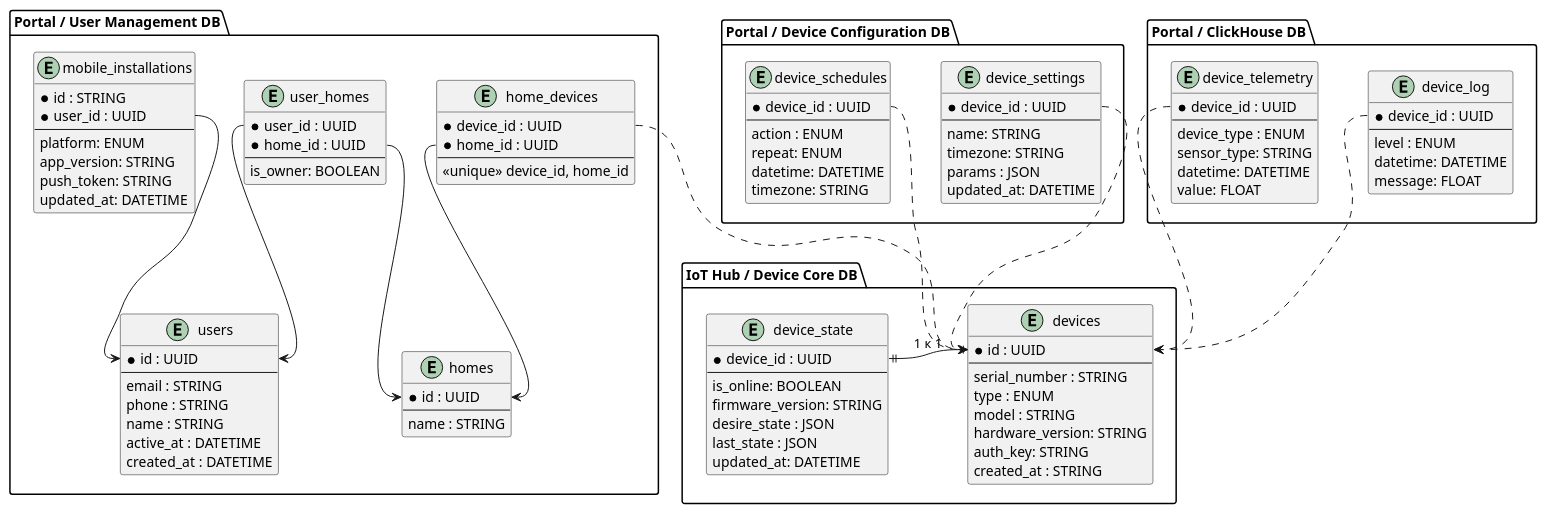
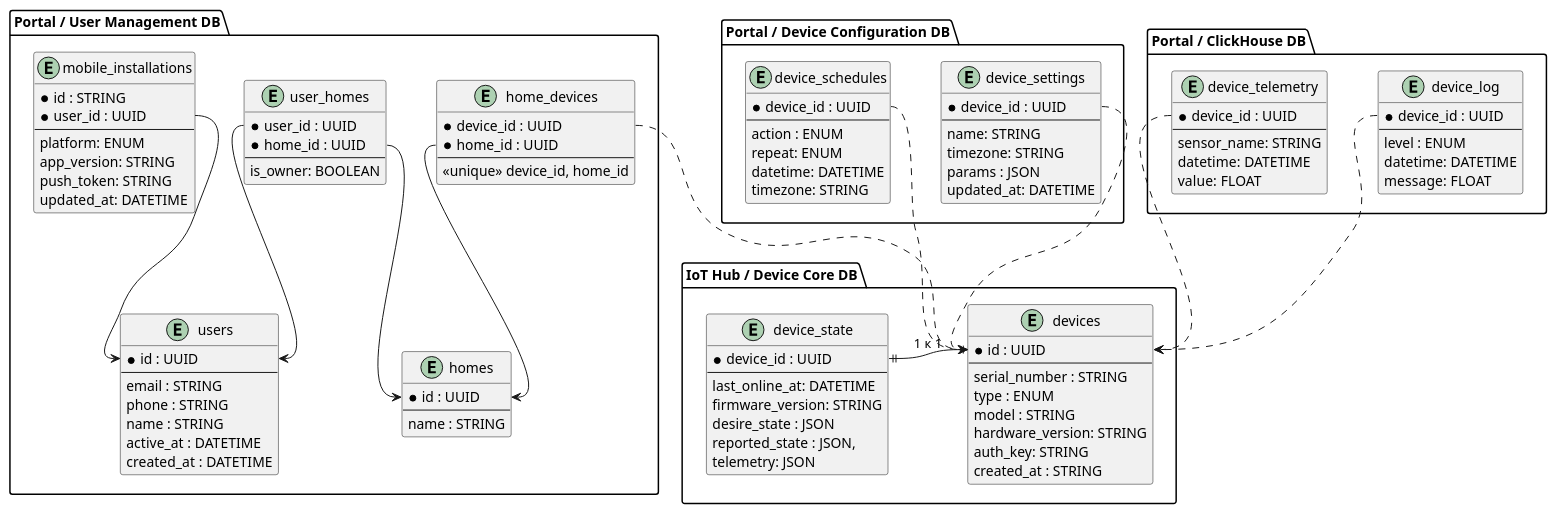
One commit to sapl/yandex-practicum-sprint-3 changed the diagram in tasks/task-1-2/er-diagram.puml. Above: the diagram before and after it, drawn with PlantUML.

Commit message:
ER update

```diff
--- a/tasks/task-1-2/er-diagram.puml
+++ b/tasks/task-1-2/er-diagram.puml
@@ -1,124 +1,123 @@
 @startuml
 
 
 package "IoT Hub / Device Core DB" {
 
     entity devices {
         * id : UUID
         --
         serial_number : STRING
         type : ENUM
         model : STRING
         hardware_version: STRING
         auth_key: STRING
         created_at : STRING
     }
 
 
     entity device_state {
         * device_id : UUID
         --
-        is_online: BOOLEAN
+        last_online_at: DATETIME
         firmware_version: STRING
         desire_state : JSON
-        last_state : JSON
-        updated_at: DATETIME
+        reported_state : JSON,
+        telemetry: JSON
     }
 
     device_state::device_id ||-|| devices::id : 1 к 1
 }
 
 package "Portal / User Management DB" {
     entity users {
         * id : UUID
         --
         email : STRING
         phone : STRING
         name : STRING
         active_at : DATETIME
         created_at : DATETIME
     }
 
     entity homes {
         * id : UUID
         --
         name : STRING
     }
 
     entity user_homes {
         * user_id : UUID
         * home_id : UUID
         --
         is_owner: BOOLEAN
     }
 
     entity home_devices {
         * device_id : UUID
         * home_id : UUID
         --
         <<unique>> device_id, home_id
     }
 
     entity mobile_installations {
         * id : STRING
         * user_id : UUID
         --
         platform: ENUM
         app_version: STRING
         push_token: STRING
         updated_at: DATETIME
     }
 
     home_devices::home_id  --> homes::id
     user_homes::home_id  --> homes::id
     user_homes::user_id  --> users::id
     mobile_installations::user_id --> users::id
 }
 
 package "Portal / Device Configuration DB" {
     entity device_schedules {
         * device_id : UUID
         --
         action : ENUM
         repeat: ENUM
         datetime: DATETIME
         timezone: STRING
     }
 
      entity device_settings {
         * device_id : UUID
         --
         name: STRING
         timezone: STRING
         params : JSON
         updated_at: DATETIME
      }
 }
 
 package "Portal / ClickHouse DB" {
     entity device_telemetry {
         * device_id : UUID
         --
-        device_type : ENUM
-        sensor_type: STRING
+        sensor_name: STRING
         datetime: DATETIME
         value: FLOAT
     }
 
     entity device_log {
         * device_id : UUID
         --
         level : ENUM
         datetime: DATETIME
         message: FLOAT
     }
 }
 
 
 home_devices::device_id  .-> devices::id
 device_telemetry::device_id  .-> devices::id
 device_log::device_id  .-> devices::id
 device_schedules::device_id  .-> devices::id
 device_settings::device_id  .-> devices::id
 
 @enduml
```
